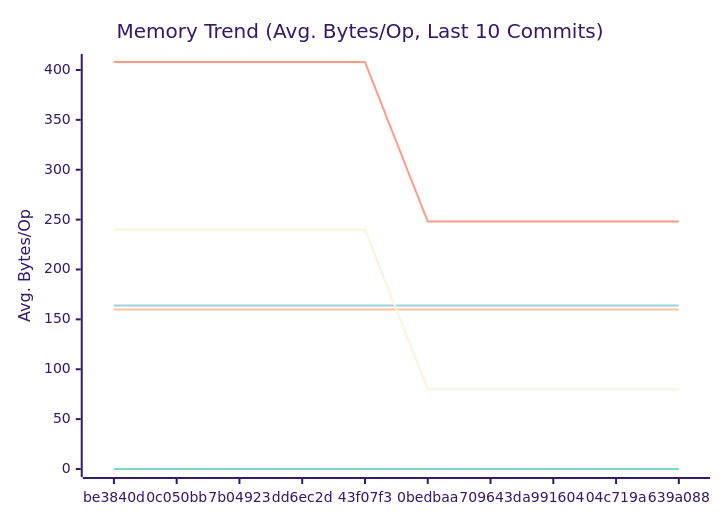
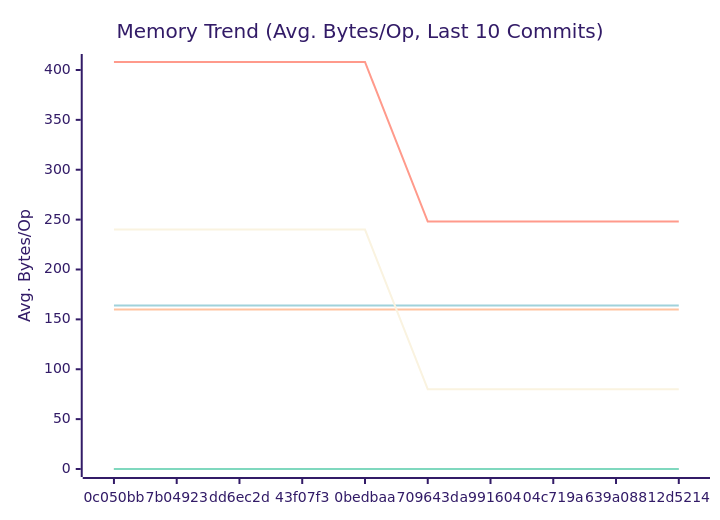
The second of 3 diagrams in docs/PERFORMANCE.md (alsotoes/momo), drawn with Mermaid (forest theme) before and after one commit. The commit also changed other lines of this file and 3 other files, not shown here.

````diff
--- a/docs/PERFORMANCE.md
+++ b/docs/PERFORMANCE.md
@@ -97,16 +97,16 @@
 ```mermaid
 xychart-beta
     title "Memory Trend (Avg. Bytes/Op, Last 10 Commits)"
     x-axis "Commit"
     y-axis "Avg. Bytes/Op"
-    x-axis [be3840d,0c050bb,7b04923,dd6ec2d,43f07f3,0bedbaa,709643d,a991604,04c719a,639a088]
+    x-axis [0c050bb,7b04923,dd6ec2d,43f07f3,0bedbaa,709643d,a991604,04c719a,639a088,12d5214]
     line "CheckMetricsAndSwap" [0,0,0,0,0,0,0,0,0,0]
     line "CrushOptimized" [0,0,0,0,0,0,0,0,0,0]
     line "CrushOriginal" [164,164,164,164,164,164,164,164,164,164]
     line "IndexDirectTracking" [0,0,0,0,0,0,0,0,0,0]
     line "IndexSearch" [0,0,0,0,0,0,0,0,0,0]
     line "LoadGlobalConfig" [160,160,160,160,160,160,160,160,160,160]
     line "PadString" [0,0,0,0,0,0,0,0,0,0]
     line "ParseReplicationOrder_NoPrealloc" [408,408,408,408,408,248,248,248,248,248]
     line "ParseReplicationOrder_Prealloc" [240,240,240,240,240,80,80,80,80,80]
 ```
````
